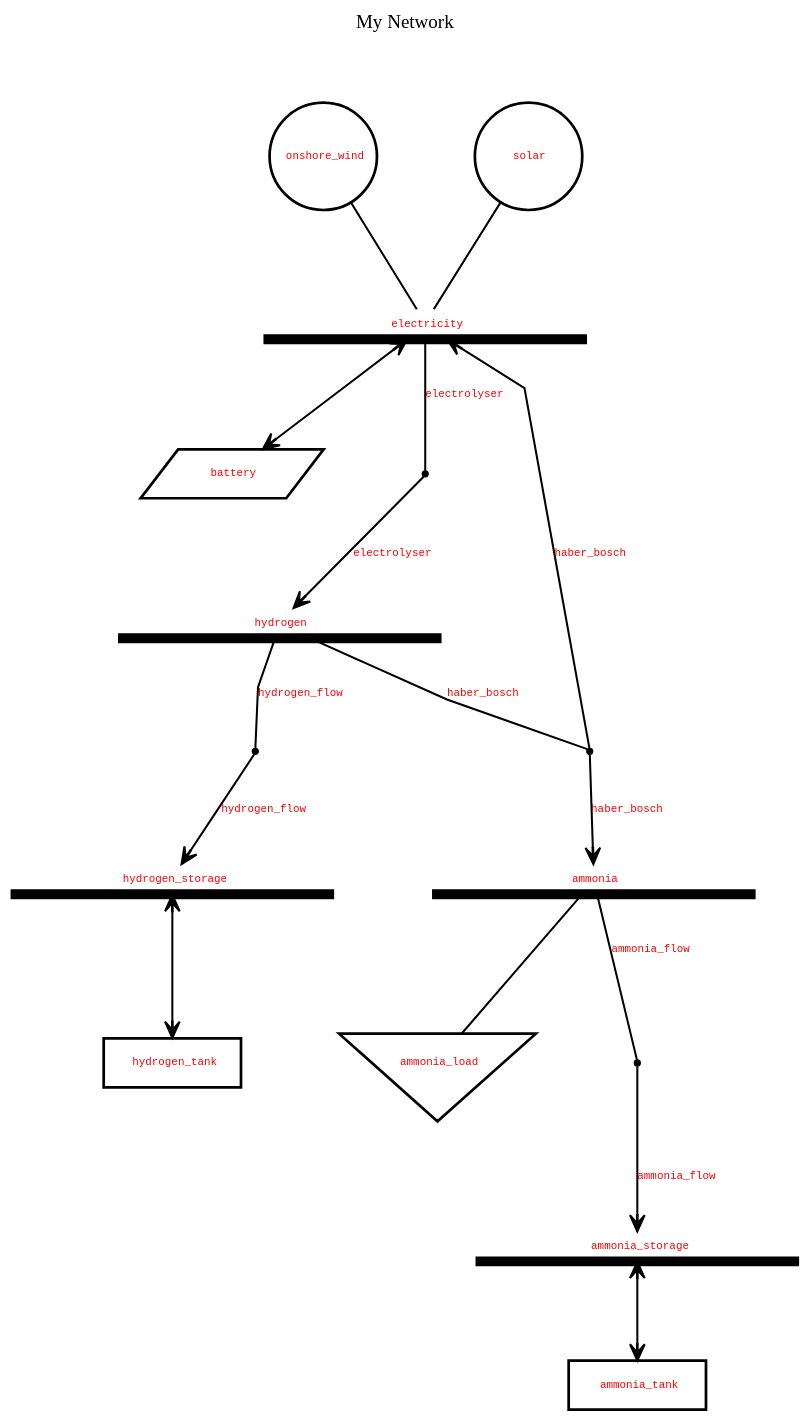
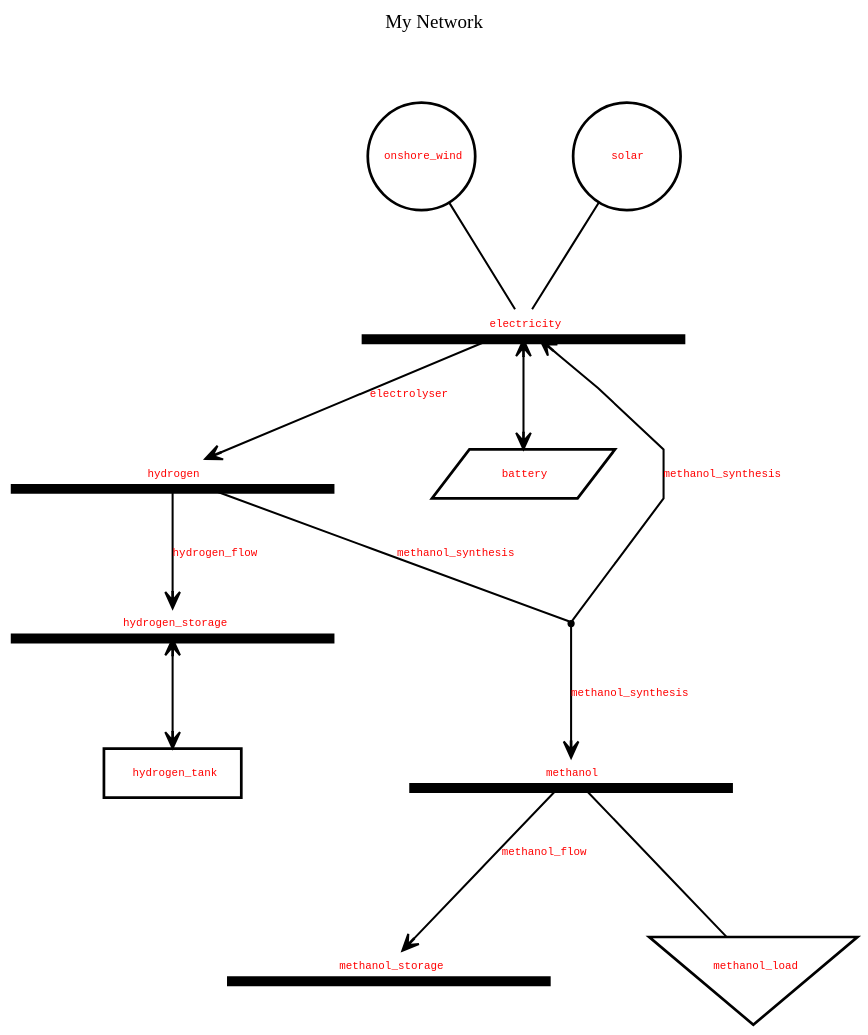
One commit to philouhawi/PyPSA-China-Green-LCOX-Model changed the diagram in topography.dot. Above: the diagram before and after it, drawn with Graphviz. The commit also changed 2 other files, not shown here.

```diff
--- a/topography.dot
+++ b/topography.dot
@@ -1,5 +1,5 @@
 //
-// Generated by PyPSATopo version 1.1.0 (on the 2025/03/07 at 13:21:14) using the following parameters: 
+// Generated by PyPSATopo version 1.1.0 (on the 2025/03/07 at 13:31:59) using the following parameters: 
 //
 //    file_input=None
 //    focus=None
@@ -36,7 +36,7 @@
 Buses: 5 (out of 5)
 Generators: 2 (out of 2)
 Loads: 1 (out of 1)
-Stores: 2 (out of 2)
+Stores: 1 (out of 1)
 Storage units: 1 (out of 1)
 Links: 4 (out of 4)
 Lines: 0 (out of 0)
@@ -85,8 +85,8 @@
 Lines: 0
 
 Power time series: N/A ", shape = "underline", width = 3.30, height = 0.30, style = "setlinewidth(7.30)", color = "black"]
-   "ammonia (bus)" [label = <<font color = "red">ammonia</font>>, tooltip = "Bus: ammonia
-Carrier: ammonia
+   "methanol (bus)" [label = <<font color = "red">methanol</font>>, tooltip = "Bus: methanol
+Carrier: methanol
 Unit: 
 Generators: 0
 Loads: 1
@@ -97,12 +97,12 @@
 Lines: 0
 
 Power time series: N/A ", shape = "underline", width = 3.30, height = 0.30, style = "setlinewidth(7.30)", color = "black"]
-   "ammonia_storage (bus)" [label = <<font color = "red">ammonia_storage</font>>, tooltip = "Bus: ammonia_storage
-Carrier: ammonia
+   "methanol_storage (bus)" [label = <<font color = "red">methanol_storage</font>>, tooltip = "Bus: methanol_storage
+Carrier: methanol
 Unit: 
 Generators: 0
 Loads: 0
-Stores: 1
+Stores: 0
 Storage units: 0
 Incoming links: 1
 Outgoing links: 0
@@ -137,12 +137,12 @@
 Power time series: N/A ", shape = "circle", width = 1.10, style = "setlinewidth(2.00)", color = "black"]   "solar (generator)" -> "electricity (bus)" [style = "setlinewidth(1.50)", color = "black", arrowhead = "none"]
 
    // loads (1)
-   "ammonia_load (load)" [label = <<font color = "red">ammonia_load</font>>, tooltip = "Load: ammonia_load
-Bus: ammonia
+   "methanol_load (load)" [label = <<font color = "red">methanol_load</font>>, tooltip = "Load: methanol_load
+Bus: methanol
 Carrier: 
-Power set: 100.00 ", shape = "invtriangle", width = 1.50, height = 1.20, style = "setlinewidth(2.00)", color = "black"]   "ammonia (bus)" -> "ammonia_load (load)" [style = "setlinewidth(1.50)", color = "black", arrowhead = "none"]
+Power set: 100.00 ", shape = "invtriangle", width = 1.50, height = 1.20, style = "setlinewidth(2.00)", color = "black"]   "methanol (bus)" -> "methanol_load (load)" [style = "setlinewidth(1.50)", color = "black", arrowhead = "none"]
 
-   // stores (2)
+   // stores (1)
    "hydrogen_tank (store)" [label = <<font color = "red">hydrogen_tank</font>>, tooltip = "Store: hydrogen_tank
 Bus: hydrogen_storage
 Carrier: hydrogen
@@ -156,19 +156,6 @@
 Optimised nominal energy: 0.00 h
 Energy time series: N/A h
 Power time series: N/A ", shape = "box", width = 1.40, style = "setlinewidth(2.00)", color = "black"]   "hydrogen_storage (bus)" -> "hydrogen_tank (store)" [style = "setlinewidth(1.50)", color = "black", arrowhead = "vee", arrowtail = "vee", arrowsize = 1.20, dir = "both"]
-   "ammonia_tank (store)" [label = <<font color = "red">ammonia_tank</font>>, tooltip = "Store: ammonia_tank
-Bus: ammonia_storage
-Carrier: ammonia
-Extendable nominal energy: True
-Nominal energy: 0.00 h
-Power set: 0.00 
-Cyclic energy: True
-Capital cost: 113.93 currency/
-Marginal cost: 1.00 currency/h
-
-Optimised nominal energy: 0.00 h
-Energy time series: N/A h
-Power time series: N/A ", shape = "box", width = 1.40, style = "setlinewidth(2.00)", color = "black"]   "ammonia_storage (bus)" -> "ammonia_tank (store)" [style = "setlinewidth(1.50)", color = "black", arrowhead = "vee", arrowtail = "vee", arrowsize = 1.20, dir = "both"]
 
    // storage units (1)
    "battery (storage unit)" [label = <<font color = "red">battery</font>>, tooltip = "Storage unit: battery
@@ -184,115 +171,21 @@
 Optimised nominal power: 0.00 
 Power time series: N/A ", shape = "parallelogram", width = 1.80, style = "setlinewidth(2.00)", color = "black"]   "electricity (bus)" -> "battery (storage unit)" [style = "setlinewidth(1.50)", color = "black", arrowhead = "vee", arrowtail = "vee", arrowsize = 1.20, dir = "both"]
 
-   // links (0)
-
-   // multi-link trunks (4)
-   "electrolyser (multi-link)" [label = <<font color = "red">electrolyser</font>>, tooltip = "Multi-link: electrolyser
-From: electricity (bus0)
-To: hydrogen (bus1)
-Carrier: Electrolyser
-Extendable nominal energy: True
-Nominal power: 0.00 MW
-Capital cost: 87630.44 currency/MW
-Marginal cost: 0.00 currency/MWh
-
-Optimised nominal power: 0.00 MW
-Power time series (p0): N/A MW", shape = "point", width = 0.06, color = "black"]
-   "electricity (bus)" -> "electrolyser (multi-link)" [label = <<font color = "red">electrolyser</font>>, tooltip = "Multi-link: electrolyser
-From: electricity (bus0)
-To: hydrogen (bus1)
-Carrier: Electrolyser
-Extendable nominal power: True
-Nominal power: 0.00 MW
-Capital cost: 87630.44 currency/MW
-Marginal cost: 0.00 currency/MWh
-
-Optimised nominal power: 0.00 MW
-Power time series (p0): N/A MW", style = "setlinewidth(1.50)", color = "black", arrowhead = "none"]
-   "hydrogen_flow (multi-link)" [label = <<font color = "red">hydrogen_flow</font>>, tooltip = "Multi-link: hydrogen_flow
-From: hydrogen (bus0)
-To: hydrogen_storage (bus1)
-Carrier: 
-Extendable nominal energy: True
-Nominal power: 0.00 MW
-Capital cost: 0.00 currency/MW
-Marginal cost: 1.00 currency/MWh
-
-Optimised nominal power: 0.00 MW
-Power time series (p0): N/A MW", shape = "point", width = 0.06, color = "black"]
-   "hydrogen (bus)" -> "hydrogen_flow (multi-link)" [label = <<font color = "red">hydrogen_flow</font>>, tooltip = "Multi-link: hydrogen_flow
-From: hydrogen (bus0)
-To: hydrogen_storage (bus1)
-Carrier: 
-Extendable nominal power: True
-Nominal power: 0.00 MW
-Capital cost: 0.00 currency/MW
-Marginal cost: 1.00 currency/MWh
-
-Optimised nominal power: 0.00 MW
-Power time series (p0): N/A MW", style = "setlinewidth(1.50)", color = "black", arrowhead = "none"]
-   "haber_bosch (multi-link)" [label = <<font color = "red">haber_bosch</font>>, tooltip = "Multi-link: haber_bosch
-From: hydrogen (bus0)
-To: ammonia (bus1)
-To: electricity (bus2)
-Carrier: Haber-Bosch
-Extendable nominal energy: True
-Nominal power: 0.00 MW
-Capital cost: 75185.56 currency/MW
-Marginal cost: 10.85 currency/MWh
-
-Optimised nominal power: 0.00 MW
-Power time series (p0): N/A MW", shape = "point", width = 0.06, color = "black"]
-   "hydrogen (bus)" -> "haber_bosch (multi-link)" [label = <<font color = "red">haber_bosch</font>>, tooltip = "Multi-link: haber_bosch
-From: hydrogen (bus0)
-To: ammonia (bus1)
-To: electricity (bus2)
-Carrier: Haber-Bosch
-Extendable nominal power: True
-Nominal power: 0.00 MW
-Capital cost: 75185.56 currency/MW
-Marginal cost: 10.85 currency/MWh
-
-Optimised nominal power: 0.00 MW
-Power time series (p0): N/A MW", style = "setlinewidth(1.50)", color = "black", arrowhead = "none"]
-   "ammonia_flow (multi-link)" [label = <<font color = "red">ammonia_flow</font>>, tooltip = "Multi-link: ammonia_flow
-From: ammonia (bus0)
-To: ammonia_storage (bus1)
-Carrier: 
-Extendable nominal energy: True
-Nominal power: 0.00 MW
-Capital cost: 0.00 currency/MW
-Marginal cost: 1.00 currency/MWh
-
-Optimised nominal power: 0.00 MW
-Power time series (p0): N/A MW", shape = "point", width = 0.06, color = "black"]
-   "ammonia (bus)" -> "ammonia_flow (multi-link)" [label = <<font color = "red">ammonia_flow</font>>, tooltip = "Multi-link: ammonia_flow
-From: ammonia (bus0)
-To: ammonia_storage (bus1)
-Carrier: 
-Extendable nominal power: True
-Nominal power: 0.00 MW
-Capital cost: 0.00 currency/MW
-Marginal cost: 1.00 currency/MWh
-
-Optimised nominal power: 0.00 MW
-Power time series (p0): N/A MW", style = "setlinewidth(1.50)", color = "black", arrowhead = "none"]
-
-   // multi-link branches (5)
-   "electrolyser (multi-link)" -> "hydrogen (bus)" [label = <<font color = "red">electrolyser</font>>, tooltip = "Multi-link: electrolyser
+   // links (3)
+   "electricity (bus)" -> "hydrogen (bus)" [label = <<font color = "red">electrolyser</font>>, tooltip = "Link: electrolyser
 From: electricity (bus0)
 To: hydrogen (bus1)
 Carrier: Electrolyser
 Extendable nominal power: True
 Nominal power: 0.00 MW
 Efficiency: 0.59
-Capital cost: 87630.44 currency/MW
+Capital cost: 60179.63 currency/MW
 Marginal cost: 0.00 currency/MWh
 
 Optimised nominal power: 0.00 MW
 Power time series (p0): N/A MW
 Power time series (p1): N/A MW", style = "setlinewidth(1.50)", color = "black", arrowhead = "vee", arrowsize = 1.20]
-   "hydrogen_flow (multi-link)" -> "hydrogen_storage (bus)" [label = <<font color = "red">hydrogen_flow</font>>, tooltip = "Multi-link: hydrogen_flow
+   "hydrogen (bus)" -> "hydrogen_storage (bus)" [label = <<font color = "red">hydrogen_flow</font>>, tooltip = "Link: hydrogen_flow
 From: hydrogen (bus0)
 To: hydrogen_storage (bus1)
 Carrier: 
@@ -305,35 +198,9 @@
 Optimised nominal power: 0.00 MW
 Power time series (p0): N/A MW
 Power time series (p1): N/A MW", style = "setlinewidth(1.50)", color = "black", arrowhead = "vee", arrowsize = 1.20]
-   "haber_bosch (multi-link)" -> "ammonia (bus)" [label = <<font color = "red">haber_bosch</font>>, tooltip = "Multi-link: haber_bosch
-From: hydrogen (bus0)
-To: ammonia (bus1)
-Carrier: Haber-Bosch
-Extendable nominal power: True
-Nominal power: 0.00 MW
-Efficiency: 0.82
-Capital cost: 75185.56 currency/MW
-Marginal cost: 10.85 currency/MWh
-
-Optimised nominal power: 0.00 MW
-Power time series (p0): N/A MW
-Power time series (p1): N/A MW", style = "setlinewidth(1.50)", color = "black", arrowhead = "vee", arrowsize = 1.20]
-   "haber_bosch (multi-link)" -> "electricity (bus)" [label = <<font color = "red">haber_bosch</font>>, tooltip = "Multi-link: haber_bosch
-From: hydrogen (bus0)
-To: electricity (bus2)
-Carrier: Haber-Bosch
-Extendable nominal power: True
-Nominal power: 0.00 MW
-Efficiency: -0.12
-Capital cost: 75185.56 currency/MW
-Marginal cost: 10.85 currency/MWh
-
-Optimised nominal power: 0.00 MW
-Power time series (p0): N/A MW
-Power time series (p2): N/A MW", style = "setlinewidth(1.50)", color = "black", arrowhead = "vee", arrowsize = 1.20]
-   "ammonia_flow (multi-link)" -> "ammonia_storage (bus)" [label = <<font color = "red">ammonia_flow</font>>, tooltip = "Multi-link: ammonia_flow
-From: ammonia (bus0)
-To: ammonia_storage (bus1)
+   "methanol (bus)" -> "methanol_storage (bus)" [label = <<font color = "red">methanol_flow</font>>, tooltip = "Link: methanol_flow
+From: methanol (bus0)
+To: methanol_storage (bus1)
 Carrier: 
 Extendable nominal power: True
 Nominal power: 0.00 MW
@@ -345,5 +212,59 @@
 Power time series (p0): N/A MW
 Power time series (p1): N/A MW", style = "setlinewidth(1.50)", color = "black", arrowhead = "vee", arrowsize = 1.20]
 
+   // multi-link trunks (1)
+   "methanol_synthesis (multi-link)" [label = <<font color = "red">methanol_synthesis</font>>, tooltip = "Multi-link: methanol_synthesis
+From: hydrogen (bus0)
+To: methanol (bus1)
+To: electricity (bus2)
+Carrier: methanol_synthesis
+Extendable nominal energy: True
+Nominal power: 0.00 MW
+Capital cost: 140100.96 currency/MW
+Marginal cost: 7.46 currency/MWh
+
+Optimised nominal power: 0.00 MW
+Power time series (p0): N/A MW", shape = "point", width = 0.06, color = "black"]
+   "hydrogen (bus)" -> "methanol_synthesis (multi-link)" [label = <<font color = "red">methanol_synthesis</font>>, tooltip = "Multi-link: methanol_synthesis
+From: hydrogen (bus0)
+To: methanol (bus1)
+To: electricity (bus2)
+Carrier: methanol_synthesis
+Extendable nominal power: True
+Nominal power: 0.00 MW
+Capital cost: 140100.96 currency/MW
+Marginal cost: 7.46 currency/MWh
+
+Optimised nominal power: 0.00 MW
+Power time series (p0): N/A MW", style = "setlinewidth(1.50)", color = "black", arrowhead = "none"]
+
+   // multi-link branches (2)
+   "methanol_synthesis (multi-link)" -> "methanol (bus)" [label = <<font color = "red">methanol_synthesis</font>>, tooltip = "Multi-link: methanol_synthesis
+From: hydrogen (bus0)
+To: methanol (bus1)
+Carrier: methanol_synthesis
+Extendable nominal power: True
+Nominal power: 0.00 MW
+Efficiency: 1.00
+Capital cost: 140100.96 currency/MW
+Marginal cost: 7.46 currency/MWh
+
+Optimised nominal power: 0.00 MW
+Power time series (p0): N/A MW
+Power time series (p1): N/A MW", style = "setlinewidth(1.50)", color = "black", arrowhead = "vee", arrowsize = 1.20]
+   "methanol_synthesis (multi-link)" -> "electricity (bus)" [label = <<font color = "red">methanol_synthesis</font>>, tooltip = "Multi-link: methanol_synthesis
+From: hydrogen (bus0)
+To: electricity (bus2)
+Carrier: methanol_synthesis
+Extendable nominal power: True
+Nominal power: 0.00 MW
+Efficiency: -0.03
+Capital cost: 140100.96 currency/MW
+Marginal cost: 7.46 currency/MWh
+
+Optimised nominal power: 0.00 MW
+Power time series (p0): N/A MW
+Power time series (p2): N/A MW", style = "setlinewidth(1.50)", color = "black", arrowhead = "vee", arrowsize = 1.20]
+
    // lines (0)
 }
```
